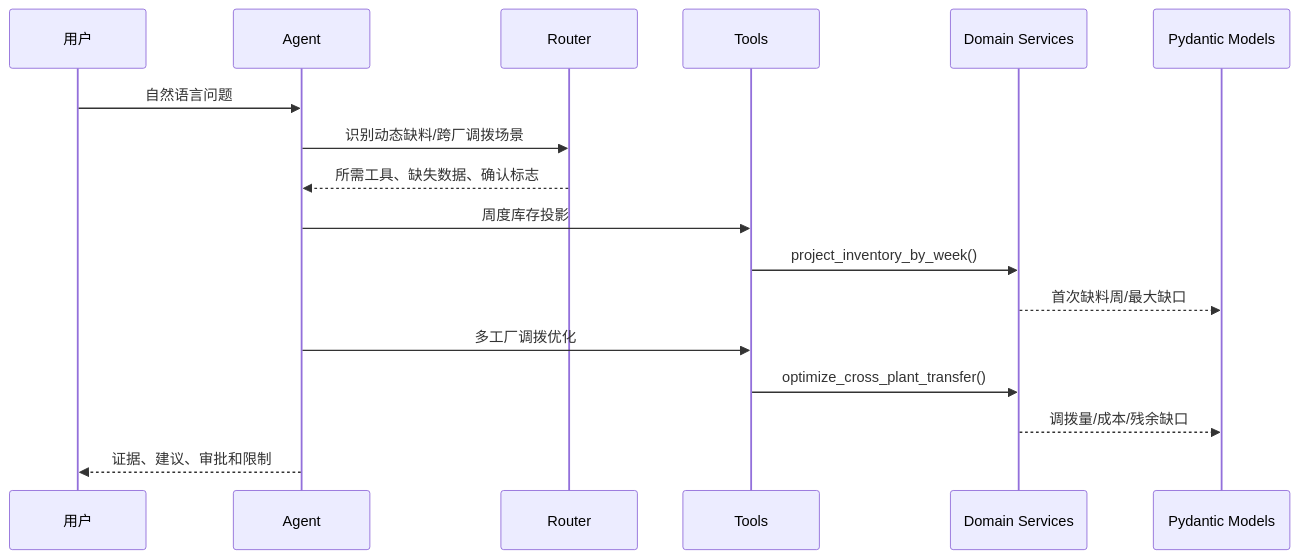
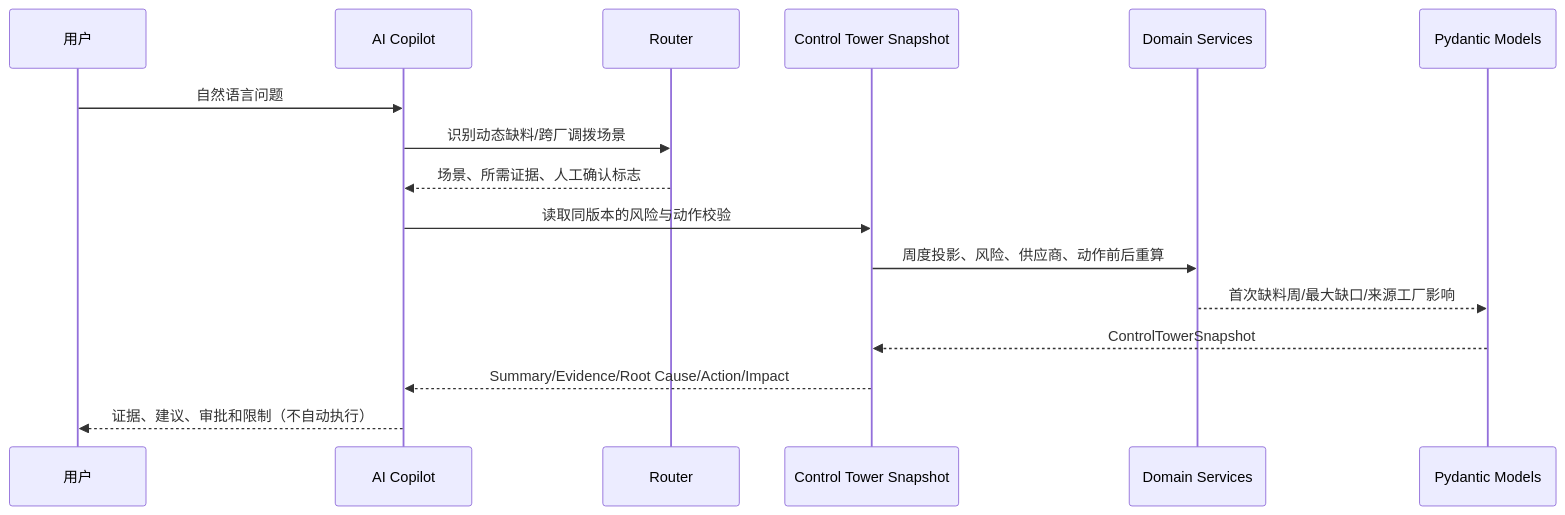
The second of 3 diagrams in docs/AGENT_ARCHITECTURE.md (lxingwei81-ux/supplypilot-agent), drawn with Mermaid before and after one commit. The commit also changed other lines of this file and 45 other files, not shown here.

Commit message:
feat: add supply chain control tower and structured copilot

````diff
--- a/docs/AGENT_ARCHITECTURE.md
+++ b/docs/AGENT_ARCHITECTURE.md
@@ -88,20 +120,19 @@
 ```mermaid
 sequenceDiagram
     participant U as 用户
-    participant A as Agent
+    participant A as AI Copilot
     participant R as Router
-    participant T as Tools
+    participant CT as Control Tower Snapshot
     participant S as Domain Services
     participant M as Pydantic Models
 
     U->>A: 自然语言问题
     A->>R: 识别动态缺料/跨厂调拨场景
-    R-->>A: 所需工具、缺失数据、确认标志
-    A->>T: 周度库存投影
-    T->>S: project_inventory_by_week()
-    S-->>M: 首次缺料周/最大缺口
-    A->>T: 多工厂调拨优化
-    T->>S: optimize_cross_plant_transfer()
-    S-->>M: 调拨量/成本/残余缺口
-    A-->>U: 证据、建议、审批和限制
+    R-->>A: 场景、所需证据、人工确认标志
+    A->>CT: 读取同版本的风险与动作校验
+    CT->>S: 周度投影、风险、供应商、动作前后重算
+    S-->>M: 首次缺料周/最大缺口/来源工厂影响
+    M-->>CT: ControlTowerSnapshot
+    CT-->>A: Summary/Evidence/Root Cause/Action/Impact
+    A-->>U: 证据、建议、审批和限制（不自动执行）
 ```
````
